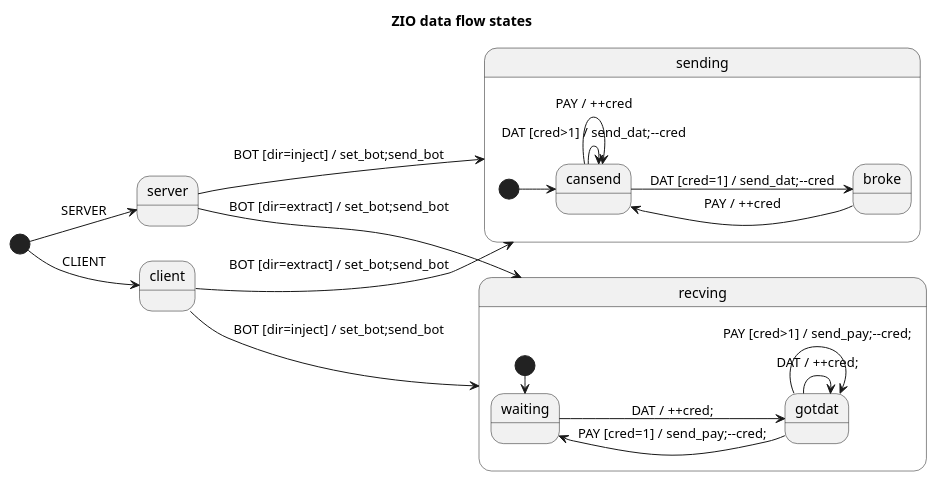
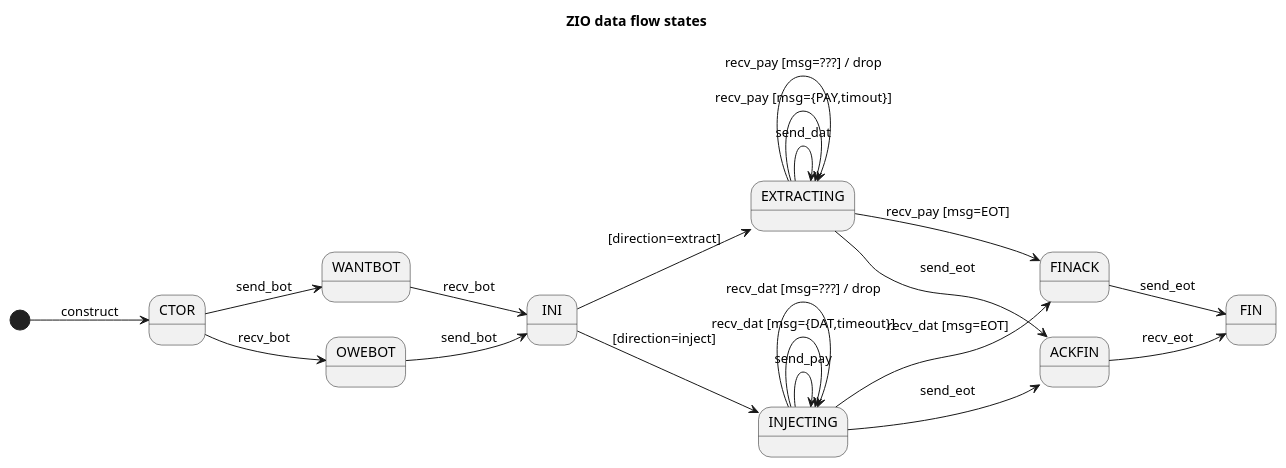
Before and after one commit to brettviren/zio: the diagram in docs/flow-states.plantuml, drawn with PlantUML. The commit also changed 5 other files, not shown here.

Commit message:
More flow hardening

```diff
--- a/docs/flow-states.plantuml
+++ b/docs/flow-states.plantuml
@@ -1,27 +1,28 @@
 @startuml
 left to right direction
 title ZIO data flow states
-[*] --> server : SERVER
-[*] --> client : CLIENT
-server --> sending : BOT [dir=inject] / set_bot;send_bot
-server --> recving : BOT [dir=extract] / set_bot;send_bot
-client --> recving : BOT [dir=inject] / set_bot;send_bot
-client --> sending : BOT [dir=extract] / set_bot;send_bot
-state sending {
-        [*] --> cansend
-        cansend --> broke : DAT [cred=1] / send_dat;--cred
-        cansend -> cansend : DAT [cred>1] / send_dat;--cred
-        broke --> cansend : PAY / ++cred
-        cansend -> cansend : PAY / ++cred
-}
-state recving {
-        [*] -> waiting
-        waiting --> gotdat : DAT / ++cred;
-        gotdat -> gotdat : DAT / ++cred;
-        gotdat -> gotdat : PAY [cred>1] / send_pay;--cred;
-        gotdat --> waiting : PAY [cred=1] / send_pay;--cred;
-}
+[*] --> CTOR : construct
+CTOR --> WANTBOT : send_bot
+CTOR --> OWEBOT : recv_bot
+WANTBOT --> INI : recv_bot
+OWEBOT --> INI : send_bot
 
+INI --> EXTRACTING : [direction=extract]
+INI --> INJECTING : [direction=inject]
 
+EXTRACTING -> EXTRACTING : send_dat
+EXTRACTING -> EXTRACTING : recv_pay [msg={PAY,timout}]
+EXTRACTING -> EXTRACTING : recv_pay [msg=???] / drop
+EXTRACTING --> FINACK : recv_pay [msg=EOT]
+EXTRACTING --> ACKFIN : send_eot
+
+INJECTING -> INJECTING : send_pay
+INJECTING -> INJECTING : recv_dat [msg={DAT,timeout}]
+INJECTING -> INJECTING : recv_dat [msg=???] / drop
+INJECTING --> FINACK : recv_dat [msg=EOT]
+INJECTING --> ACKFIN : send_eot
+
+FINACK --> FIN : send_eot
+ACKFIN --> FIN : recv_eot
 
 @enduml
```
